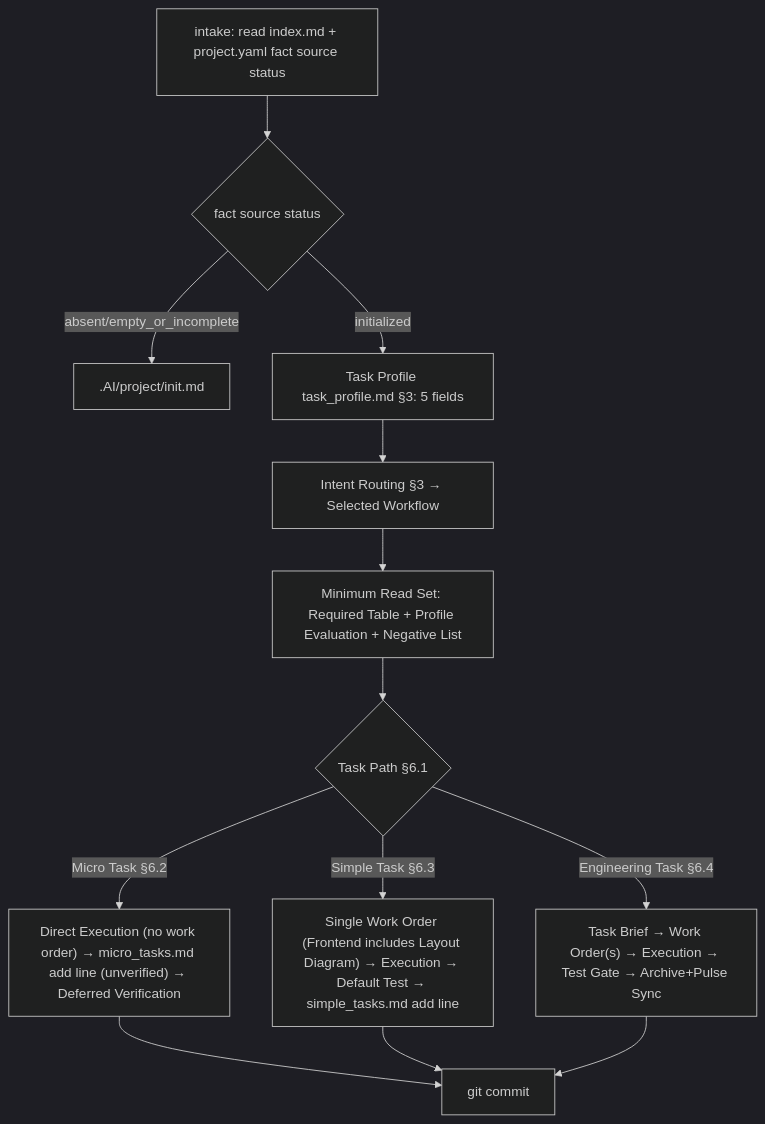
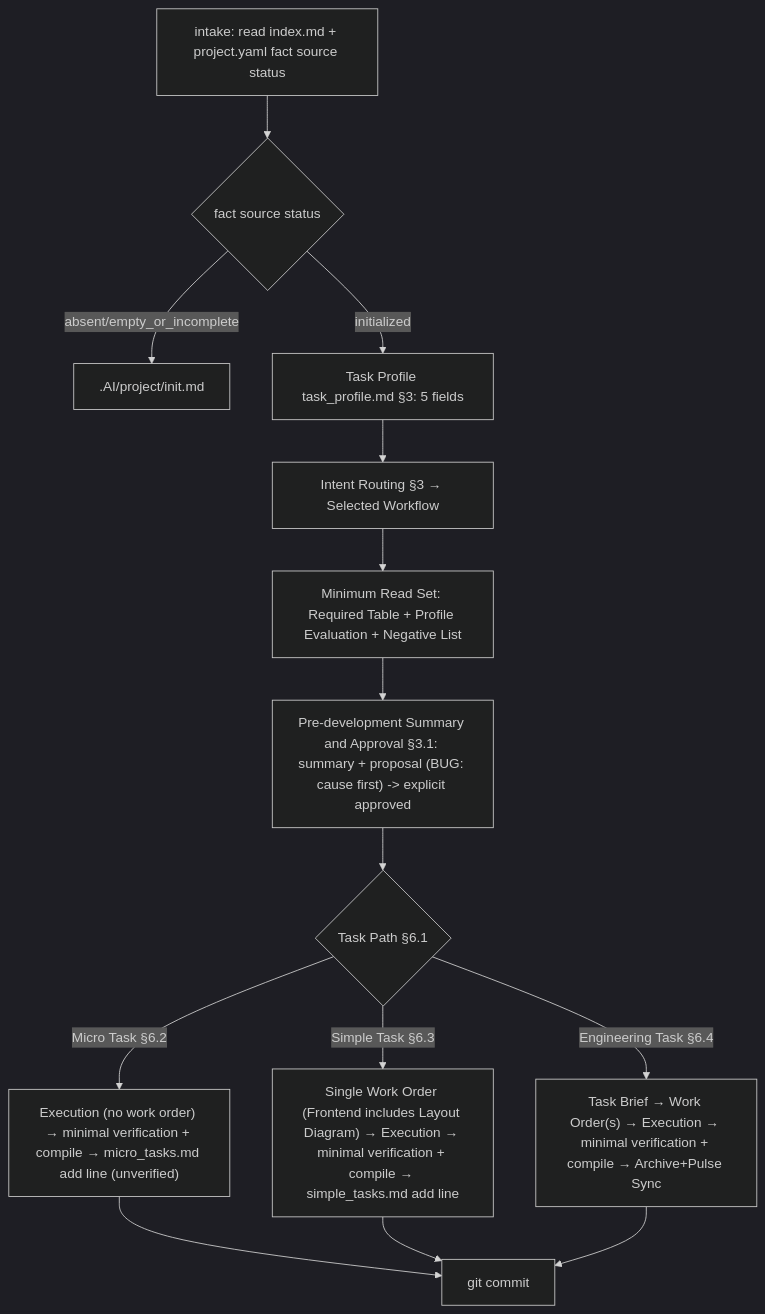
The diagram in .AI/start.md (ldscfe/ALDS), drawn with Mermaid (dark theme) before and after one commit. The commit also changed other lines of this file and 5 other files, not shown here.

Commit message:
docs: add pre-development approval gate, minimal verification default, and categorized merge rules

````diff
--- a/.AI/start.md
+++ b/.AI/start.md
@@ -37,15 +39,16 @@
 ```mermaid
 flowchart TD
   A["intake: read index.md + project.yaml fact source status"] --> B{"fact source status"}
   B -- absent/empty_or_incomplete --> I[".AI/project/init.md"]
   B -- initialized --> C["Task Profile task_profile.md §3: 5 fields"]
   C --> D["Intent Routing §3 → Selected Workflow"]
   D --> E["Minimum Read Set: Required Table + Profile Evaluation + Negative List"]
-  E --> F{Task Path §6.1}
-  F -- "Micro Task §6.2" --> G0["Direct Execution (no work order) → micro_tasks.md add line (unverified) → Deferred Verification"]
-  F -- "Simple Task §6.3" --> G1["Single Work Order (Frontend includes Layout Diagram) → Execution → Default Test → simple_tasks.md add line"]
-  F -- "Engineering Task §6.4" --> G2["Task Brief → Work Order(s) → Execution → Test Gate → Archive+Pulse Sync"]
+  E --> H["Pre-development Summary and Approval §3.1: summary + proposal (BUG: cause first) -> explicit approved"]
+  H --> F{Task Path §6.1}
+  F -- "Micro Task §6.2" --> G0["Execution (no work order) → minimal verification + compile → micro_tasks.md add line (unverified)"]
+  F -- "Simple Task §6.3" --> G1["Single Work Order (Frontend includes Layout Diagram) → Execution → minimal verification + compile → simple_tasks.md add line"]
+  F -- "Engineering Task §6.4" --> G2["Task Brief → Work Order(s) → Execution → minimal verification + compile → Archive+Pulse Sync"]
   G0 --> K["git commit"]
   G1 --> K
   G2 --> K
 ```
````
